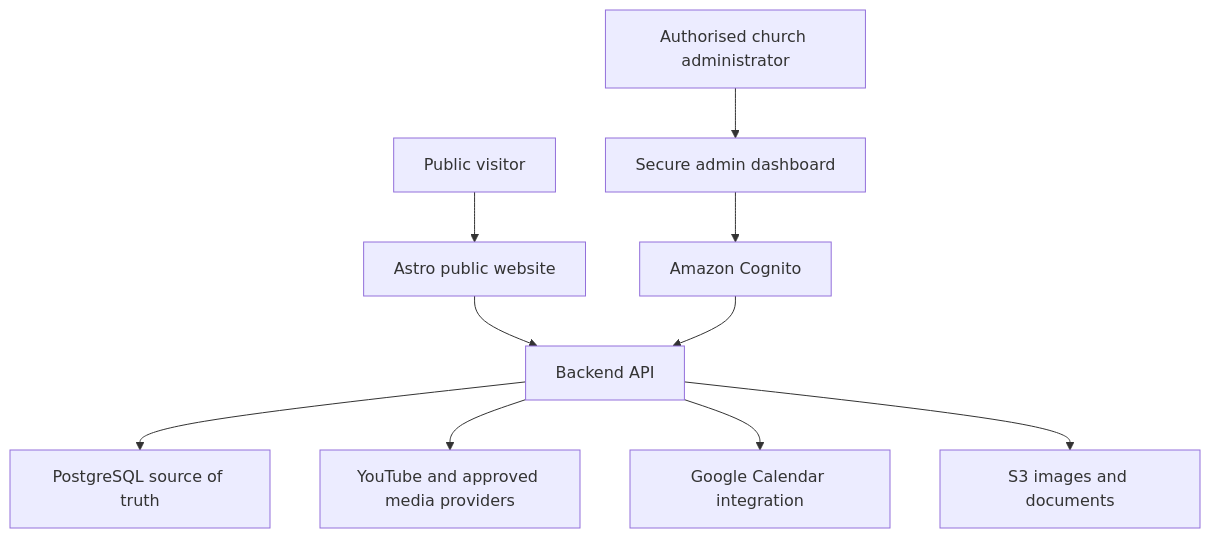
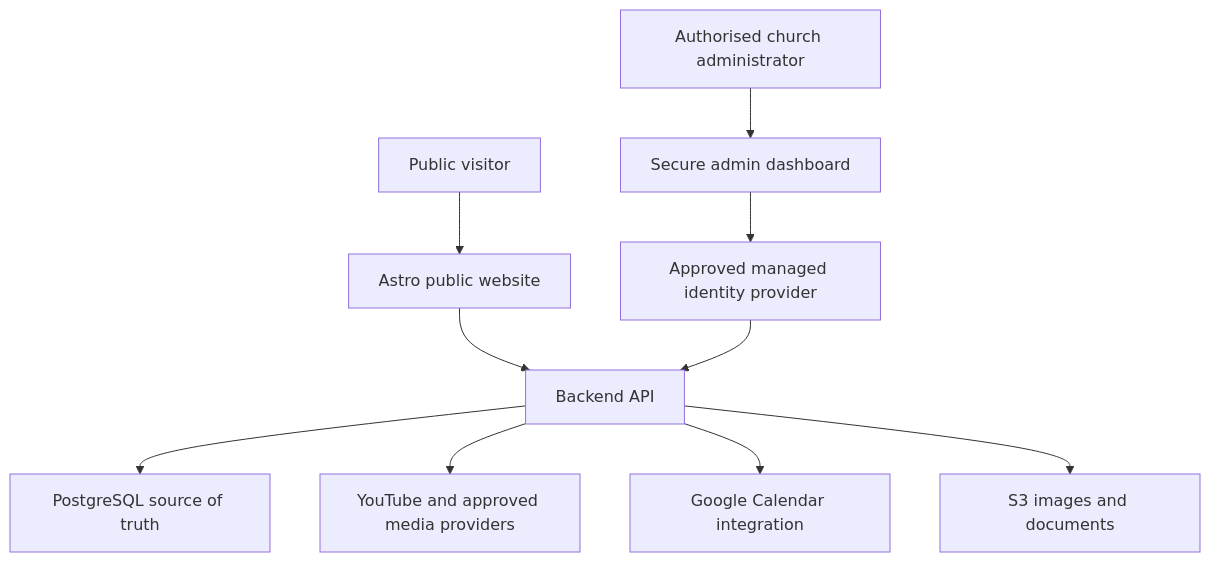
One commit to samuelsaad/SavingGraceBibleChurchWebsite changed the first of 5 diagrams in church-website-architecture-plan.md. Above: the diagram before and after it, drawn with Mermaid. The commit also changed other lines of this file and 30 other files, not shown here.

````diff
--- a/church-website-architecture-plan.md
+++ b/church-website-architecture-plan.md
@@ -200,12 +208,12 @@
 ```mermaid
 flowchart TD
     Visitor["Public visitor"] --> Web["Astro public website"]
     Admin["Authorised church administrator"] --> Dashboard["Secure admin dashboard"]
     Web --> API["Backend API"]
-    Dashboard --> Cognito["Amazon Cognito"]
-    Cognito --> API
+    Dashboard --> Identity["Approved managed identity provider"]
+    Identity --> API
     API --> PostgreSQL["PostgreSQL source of truth"]
     API --> Media["YouTube and approved media providers"]
     API --> Calendar["Google Calendar integration"]
     API --> Storage["S3 images and documents"]
 ```
````
